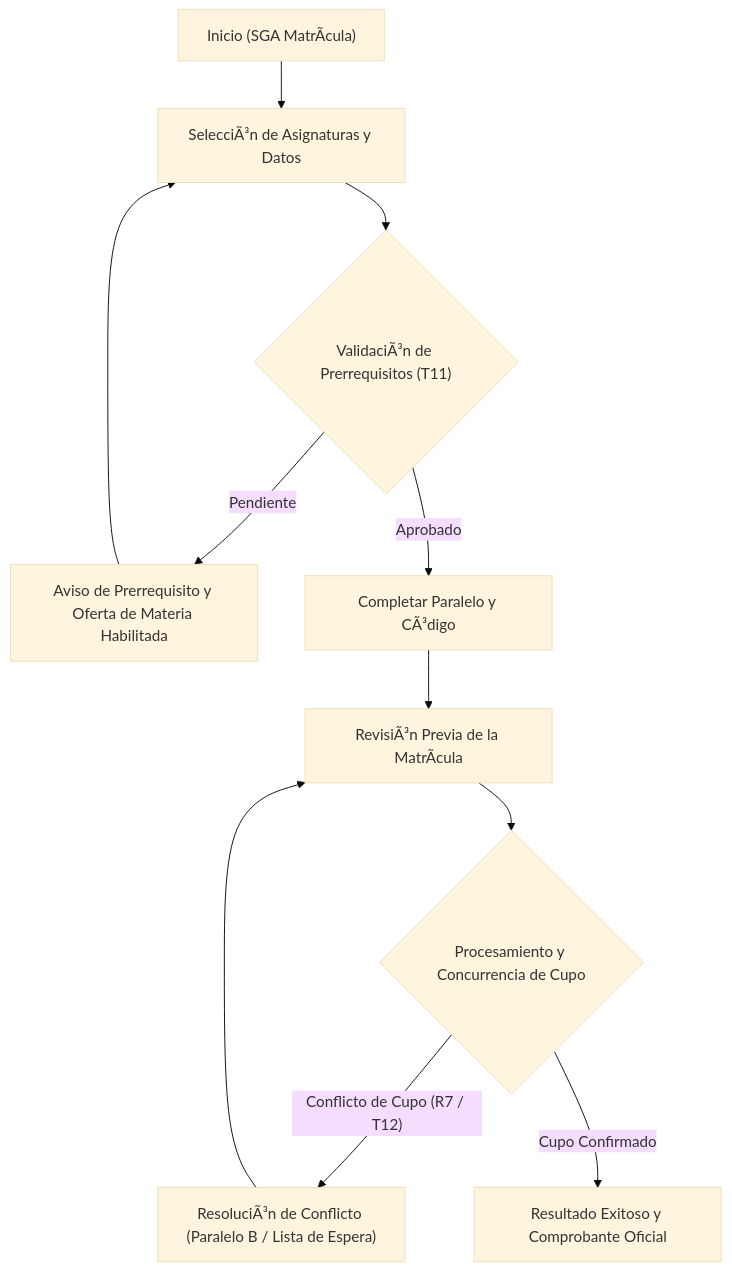
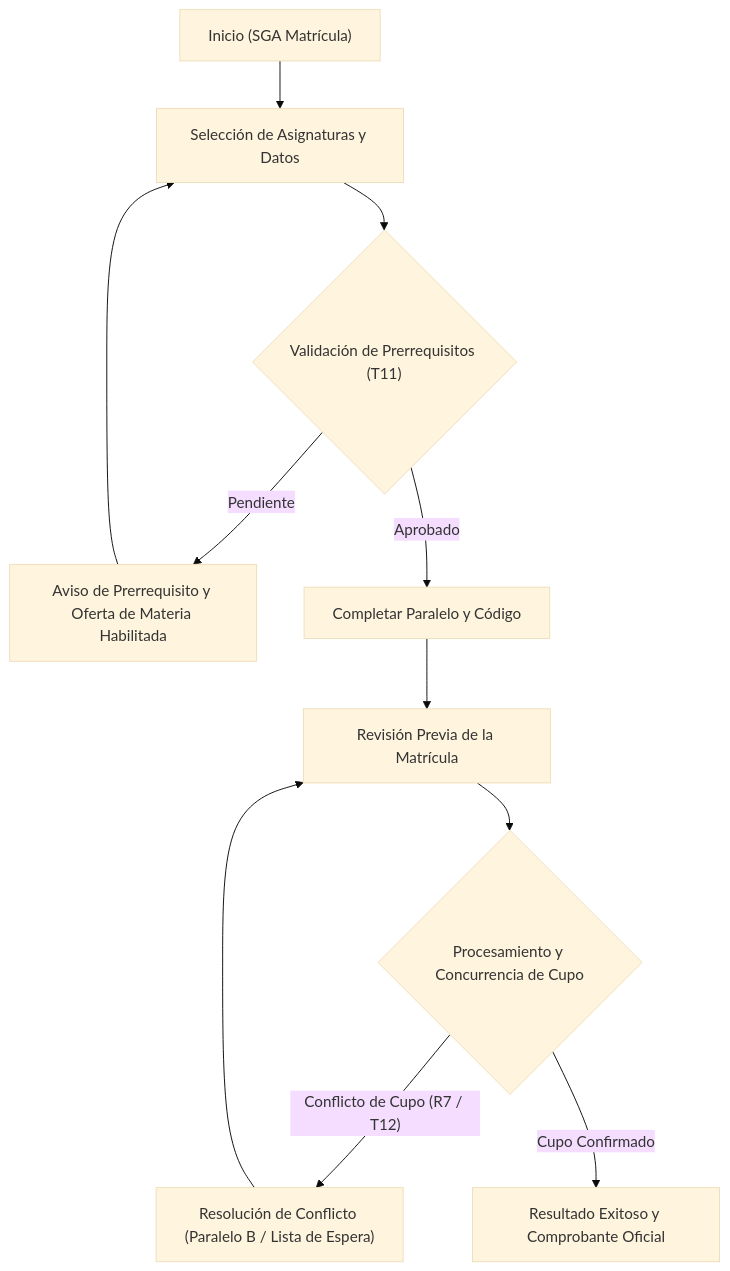
Before and after one commit to Elizabeth1925/Examen_Practico: the first of 2 diagrams in PROYECTO_01_PRUEBA_INTEGRADORA/INFORME_FINAL_CONSOLIDADO_GRUPO4.md, drawn with Mermaid (base theme). The commit also changed other lines of this file and 1 other file, not shown here.

````diff
--- a/PROYECTO_01_PRUEBA_INTEGRADORA/INFORME_FINAL_CONSOLIDADO_GRUPO4.md
+++ b/PROYECTO_01_PRUEBA_INTEGRADORA/INFORME_FINAL_CONSOLIDADO_GRUPO4.md
@@ -281,13 +283,13 @@
 ```mermaid
 graph TD
-    A["Inicio (SGA MatrÃ­cula)"] --> B["SelecciÃ³n de Asignaturas y Datos"]
-    B --> C{"ValidaciÃ³n de Prerrequisitos (T11)"}
+    A["Inicio (SGA Matrícula)"] --> B["Selección de Asignaturas y Datos"]
+    B --> C{"Validación de Prerrequisitos (T11)"}
     C -- "Pendiente" --> D["Aviso de Prerrequisito y Oferta de Materia Habilitada"]
     D --> B
-    C -- "Aprobado" --> E["Completar Paralelo y CÃ³digo"]
-    E --> F["RevisiÃ³n Previa de la MatrÃ­cula"]
+    C -- "Aprobado" --> E["Completar Paralelo y Código"]
+    E --> F["Revisión Previa de la Matrícula"]
     F --> G{"Procesamiento y Concurrencia de Cupo"}
-    G -- "Conflicto de Cupo (R7 / T12)" --> H["ResoluciÃ³n de Conflicto (Paralelo B / Lista de Espera)"]
+    G -- "Conflicto de Cupo (R7 / T12)" --> H["Resolución de Conflicto (Paralelo B / Lista de Espera)"]
     H --> F
     G -- "Cupo Confirmado" --> I["Resultado Exitoso y Comprobante Oficial"]
 ```
````
